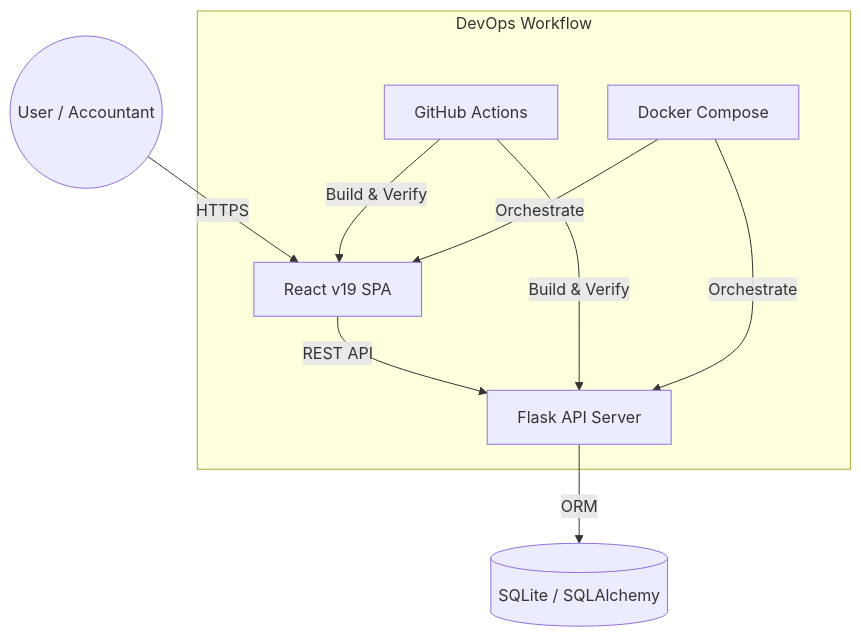
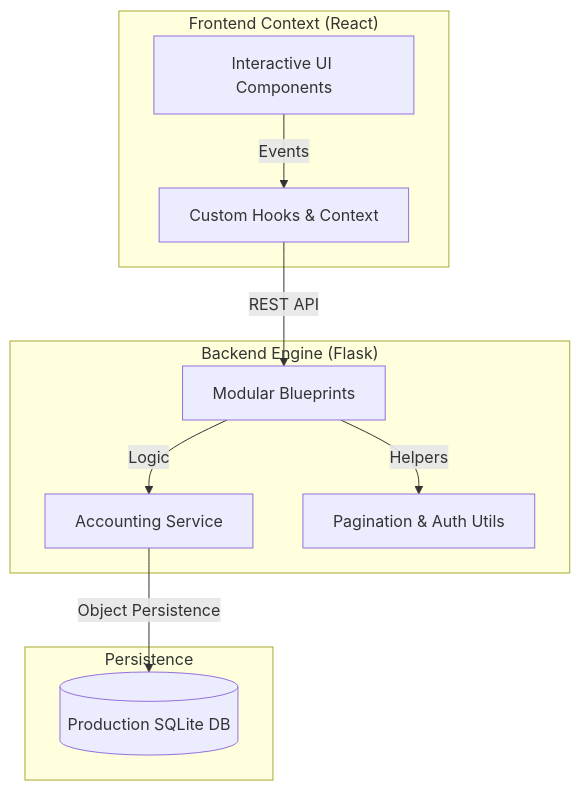
One commit to PAMIDIROHIT/gvk-transport- changed the first of 3 diagrams in README.md. Above: the diagram before and after it, drawn with Mermaid. The commit also changed other lines of this file, not shown here.

Commit message:
docs: implement comprehensive system architecture deep-dive in readme

````diff
--- a/README.md
+++ b/README.md
@@ -34,13 +33,23 @@
 ```mermaid
 graph TD
-    User((User / Accountant)) -->|HTTPS| Frontend[React v19 SPA]
-    Frontend -->|REST API| Backend[Flask API Server]
-    Backend -->|ORM| DB[(SQLite / SQLAlchemy)]
-    
-    subgraph "DevOps Workflow"
-    CI[GitHub Actions] -->|Build & Verify| Frontend
-    CI -->|Build & Verify| Backend
-    Docker[Docker Compose] -->|Orchestrate| Frontend
-    Docker -->|Orchestrate| Backend
+    subgraph "Frontend Context (React)"
+    UI[Interactive UI Components]
+    HKS[Custom Hooks & Context]
+    UI -->|Events| HKS
     end
+
+    subgraph "Backend Engine (Flask)"
+    BP[Modular Blueprints]
+    ACC[Accounting Service]
+    UTIL[Pagination & Auth Utils]
+    BP -->|Logic| ACC
+    BP -->|Helpers| UTIL
+    end
+
+    subgraph "Persistence"
+    DB[(Production SQLite DB)]
+    end
+
+    HKS -->|REST API| BP
+    ACC -->|Object Persistence| DB
 ```
````
